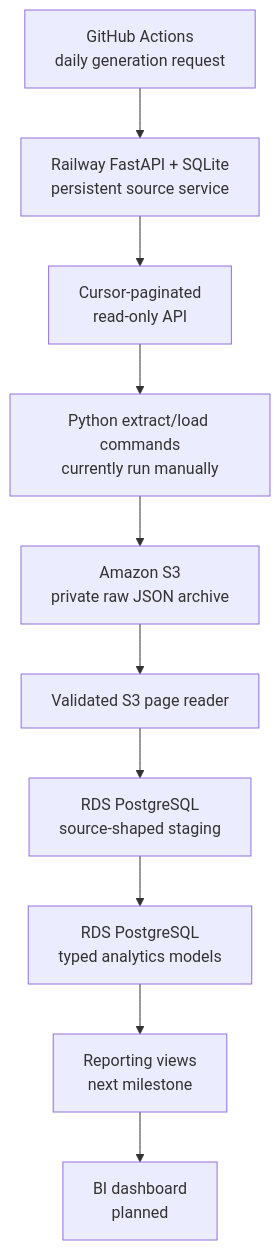
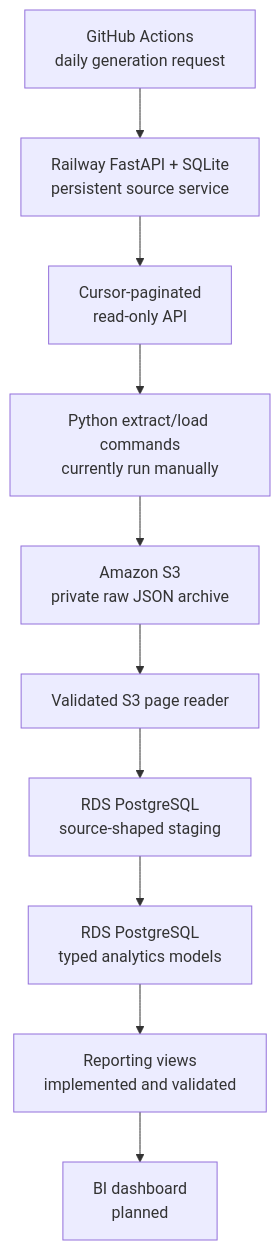
One commit to datacookbooks/guitar-lessons-marketing-analytics changed the diagram in ARCHITECTURE.md. Above: the diagram before and after it, drawn with Mermaid. The commit also changed other lines of this file and 10 other files, not shown here.

Commit message:
Build reporting views and metric contracts

````diff
--- a/ARCHITECTURE.md
+++ b/ARCHITECTURE.md
@@ -11,12 +11,12 @@
 ```mermaid
 flowchart TD
     A["GitHub Actions<br/>daily generation request"] --> B["Railway FastAPI + SQLite<br/>persistent source service"]
     B --> C["Cursor-paginated<br/>read-only API"]
     C --> D["Python extract/load commands<br/>currently run manually"]
     D --> E["Amazon S3<br/>private raw JSON archive"]
     E --> F["Validated S3 page reader"]
     F --> G["RDS PostgreSQL<br/>source-shaped staging"]
     G --> H["RDS PostgreSQL<br/>typed analytics models"]
-    H --> I["Reporting views<br/>next milestone"]
+    H --> I["Reporting views<br/>implemented and validated"]
     I --> J["BI dashboard<br/>planned"]
 ```
````
